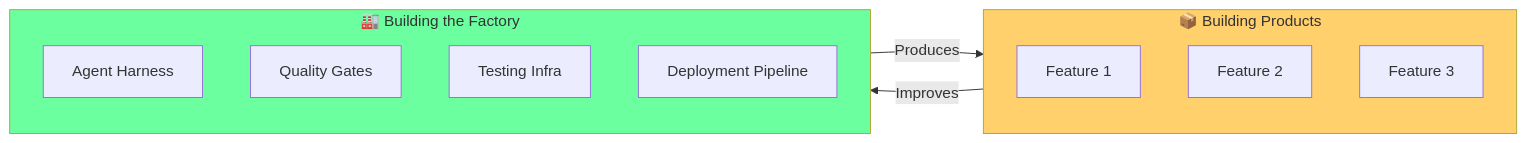
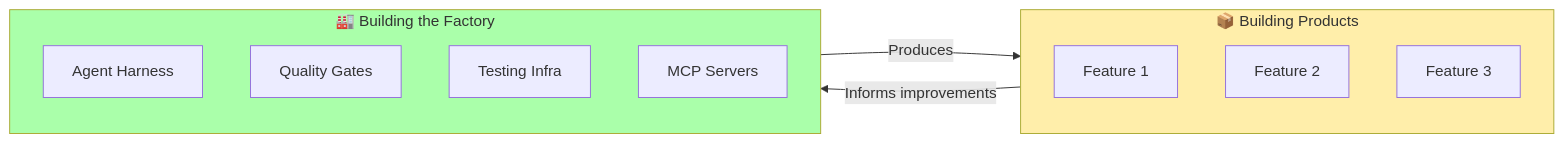
Before and after one commit to Just-Understanding-Data-Ltd/compound-engineering-book: the third of 3 diagrams in assets/diagrams/ch13-harness-architecture.md, drawn with Mermaid. The commit also changed other lines of this file and 2 other files, not shown here.

First line of the commit message:
[chapter]: Complete ch13 diagrams complete milestone - ITERATION 16

````diff
--- a/assets/diagrams/ch13-harness-architecture.md
+++ b/assets/diagrams/ch13-harness-architecture.md
@@ -35,21 +100,21 @@
 ```mermaid
 flowchart LR
     subgraph Product["📦 Building Products"]
         P1["Feature 1"]
         P2["Feature 2"]
         P3["Feature 3"]
     end
 
     subgraph Factory["🏭 Building the Factory"]
         F1["Agent Harness"]
         F2["Quality Gates"]
         F3["Testing Infra"]
-        F4["Deployment Pipeline"]
+        F4["MCP Servers"]
     end
 
     Factory -->|"Produces"| Product
-    Product -->|"Improves"| Factory
+    Product -->|"Informs improvements"| Factory
 
-    style Factory fill:#6bff9f
-    style Product fill:#ffd06b
+    style Factory fill:#aaffaa
+    style Product fill:#ffeeaa
 ```
````
